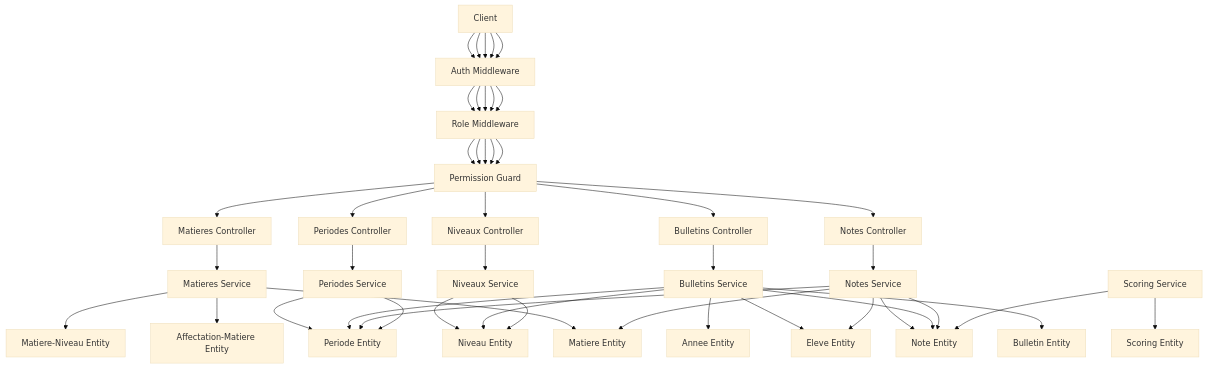
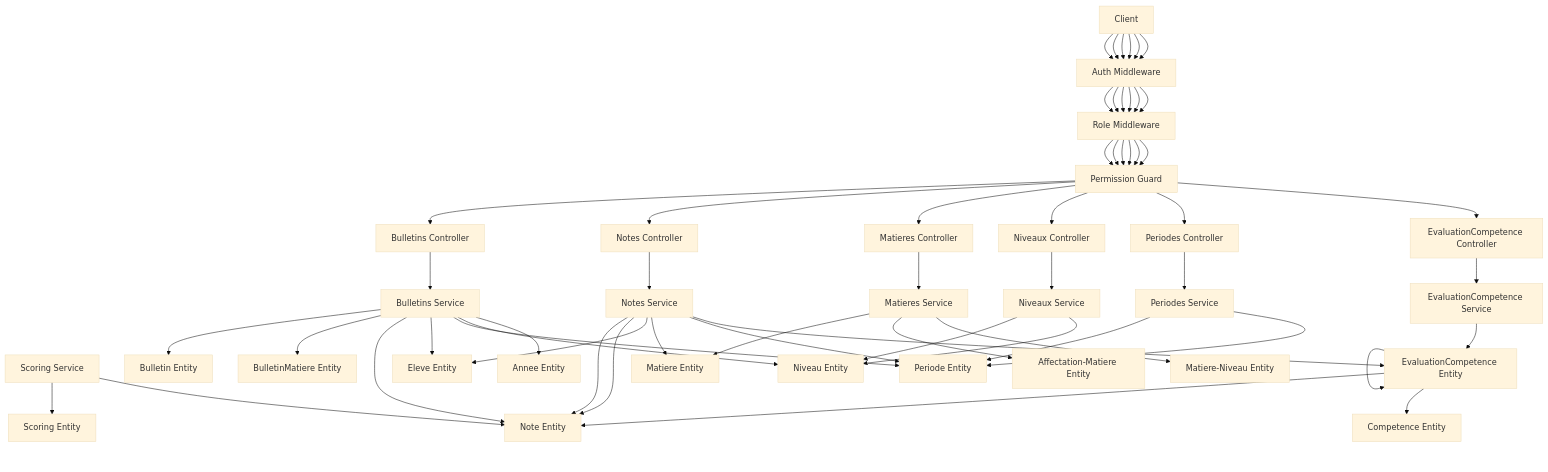
Before and after one commit to franckylab/eLISAschool: the second of 9 diagrams in .qoder/repowiki/en/content/Modules & Features/Academic Modules/Grading System & Bulletins.md, drawn with Mermaid (base theme). The commit also changed other lines of this file and 53 other files, not shown here.

````diff
--- a/.qoder/repowiki/en/content/Modules & Features/Academic Modules/Grading System & Bulletins.md
+++ b/.qoder/repowiki/en/content/Modules & Features/Academic Modules/Grading System & Bulletins.md
@@ -193,58 +228,70 @@
 ```mermaid
 graph TB
 Client["Client"]
 AuthMW["Auth Middleware"]
 RoleMW["Role Middleware"]
 Guard["Permission Guard"]
 BC["Bulletins Controller"]
 NC["Notes Controller"]
 MC["Matieres Controller"]
 NVC["Niveaux Controller"]
 PC["Periodes Controller"]
+EC["EvaluationCompetence Controller"]
 BS["Bulletins Service"]
 NS["Notes Service"]
 MS["Matieres Service"]
 NVS["Niveaux Service"]
 PS["Periodes Service"]
+ECS["EvaluationCompetence Service"]
 SS["Scoring Service"]
 NE["Note Entity"]
 ME["Matiere Entity"]
 AME["Affectation-Matiere Entity"]
 MNE["Matiere-Niveau Entity"]
 NVE["Niveau Entity"]
 PE["Periode Entity"]
 BE["Bulletin Entity"]
+BM["BulletinMatiere Entity"]
+ECE["EvaluationCompetence Entity"]
 SE["Scoring Entity"]
 EE["Eleve Entity"]
 AE["Annee Entity"]
 Client --> AuthMW --> RoleMW --> Guard --> BC
 Client --> AuthMW --> RoleMW --> Guard --> NC
 Client --> AuthMW --> RoleMW --> Guard --> MC
 Client --> AuthMW --> RoleMW --> Guard --> NVC
 Client --> AuthMW --> RoleMW --> Guard --> PC
+Client --> AuthMW --> RoleMW --> Guard --> EC
 BC --> BS
 NC --> NS
 MC --> MS
 NVC --> NVS
 PC --> PS
+EC --> ECS
 BS --> BE
 NS --> NE
 MS --> ME
 MS --> AME
 MS --> MNE
 NVS --> NVE
 PS --> PE
+ECS --> ECE
 SS --> SE
+BS --> BM
 BS --> NE
 BS --> EE
 BS --> PE
 BS --> NVE
 NS --> NE
 NS --> EE
 NS --> ME
 NS --> PE
+NS --> ECE
+ECE --> ECE
+ECE --> NE
+ECE --> CE["Competence Entity"]
 SS --> NE
 NVS --> NVE
 PS --> PE
 BS --> AE
 ```
````
